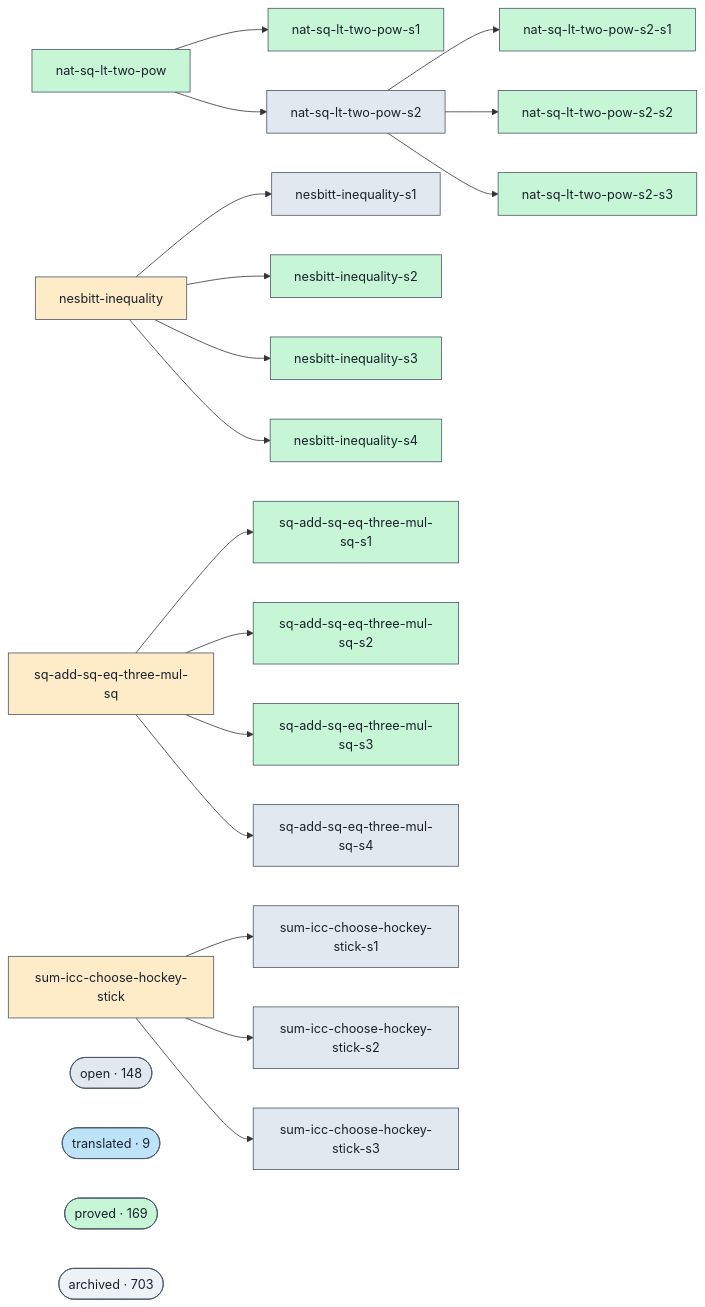
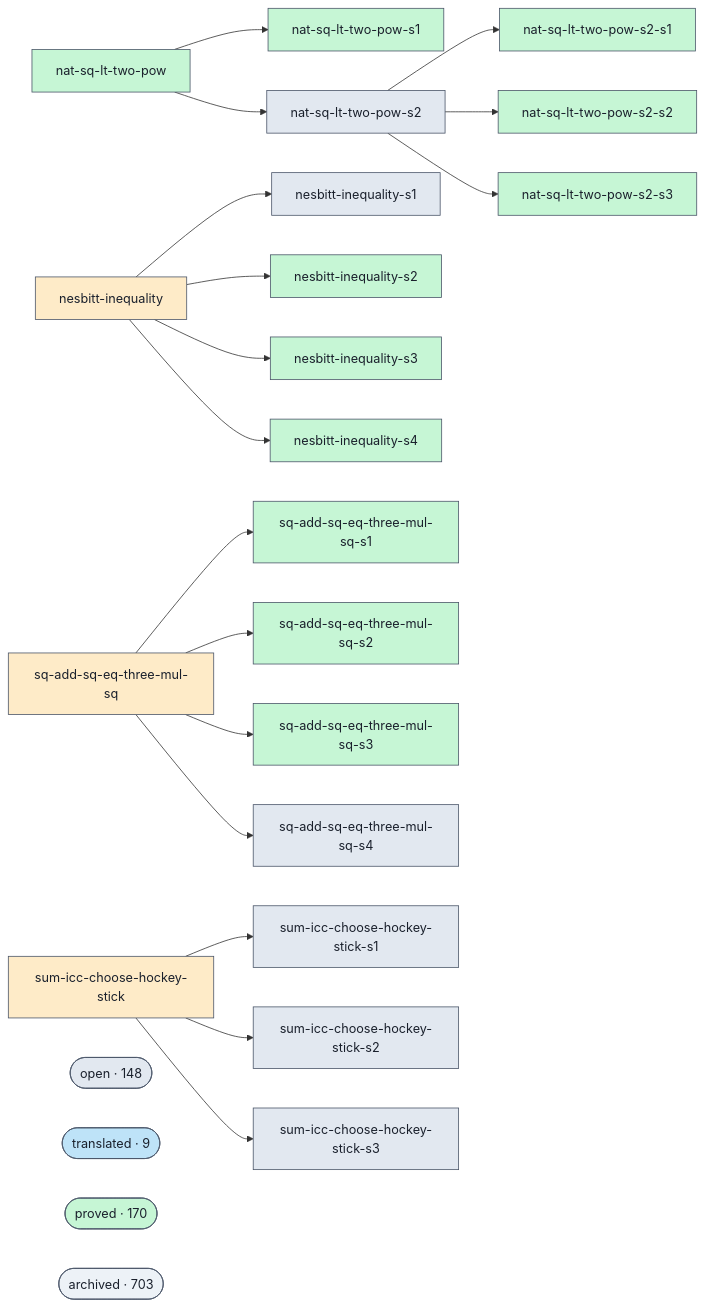
One commit to Rauxon/unsorry changed the diagram in docs/proofs-contributors-visualisation.md. Above: the diagram before and after it, drawn with Mermaid. The commit also changed other lines of this file and 2 other files, not shown here.

```diff
--- a/docs/proofs-contributors-visualisation.md
+++ b/docs/proofs-contributors-visualisation.md
@@ -102,7 +102,7 @@
   class cluster_open open;
   cluster_translated(["translated · 9"])
   class cluster_translated translated;
-  cluster_proved(["proved · 169"])
+  cluster_proved(["proved · 170"])
   class cluster_proved proved;
   cluster_archived(["archived · 703"])
   class cluster_archived unknown;
```
